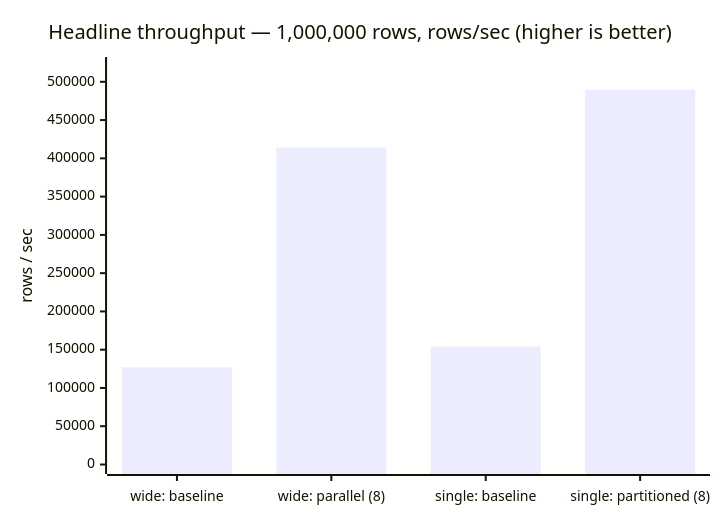
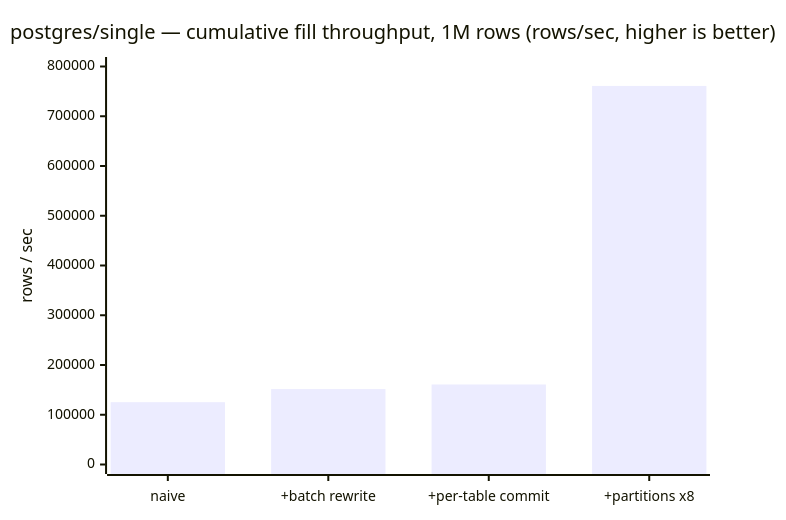
The first of 3 diagrams in BENCHMARKS.md (timveil/bloviate), drawn with Mermaid before and after one commit. The commit also changed other lines of this file and 1 other file, not shown here.

First line of the commit message:
docs(bench): show cumulative fill-throughput progression to a final 6.08x

````diff
--- a/BENCHMARKS.md
+++ b/BENCHMARKS.md
@@ -165,7 +165,7 @@
 ```mermaid
 xychart-beta
-    title "Headline throughput — 1,000,000 rows, rows/sec (higher is better)"
-    x-axis ["wide: baseline", "wide: parallel (8)", "single: baseline", "single: partitioned (8)"]
-    y-axis "rows / sec" 0 --> 520000
-    bar [126984, 414126, 154211, 489870]
+    title "postgres/single — cumulative fill throughput, 1M rows (rows/sec, higher is better)"
+    x-axis ["naive", "+batch rewrite", "+per-table commit", "+partitions x8"]
+    y-axis "rows / sec" 0 --> 800000
+    bar [125228, 151641, 160867, 760959]
 ```
````
